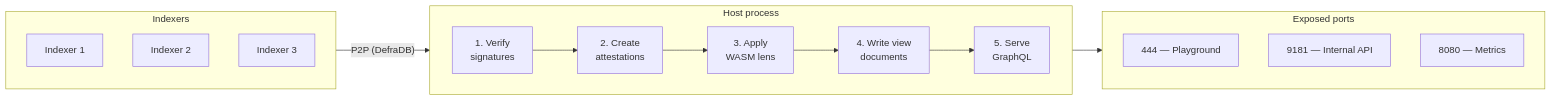
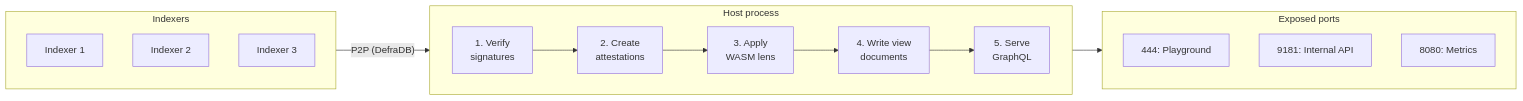
The first of 3 diagrams in content/reference/components/host-client/index.mdx (shinzonetwork/docs), drawn with Mermaid before and after one commit. The commit also changed other lines of this file and 6 other files, not shown here.

````diff
--- a/content/reference/components/host-client/index.mdx
+++ b/content/reference/components/host-client/index.mdx
@@ -13,27 +11,27 @@
 ```mermaid
 flowchart LR
   subgraph Indexers["Indexers"]
     direction TB
     I1["Indexer 1"]
     I2["Indexer 2"]
     I3["Indexer 3"]
   end
 
   subgraph HOST["Host process"]
     direction LR
     S1["1. Verify<br/>signatures"] --> S2["2. Create<br/>attestations"]
     S2 --> S3["3. Apply<br/>WASM lens"]
     S3 --> S4["4. Write view<br/>documents"]
     S4 --> S5["5. Serve<br/>GraphQL"]
   end
 
   subgraph Ports["Exposed ports"]
     direction TB
-    P444["444 — Playground"]
-    P9181["9181 — Internal API"]
-    P8080["8080 — Metrics"]
+    P444["444: Playground"]
+    P9181["9181: Internal API"]
+    P8080["8080: Metrics"]
   end
 
   Indexers -- "P2P (DefraDB)" --> HOST
   HOST --> Ports
 ```
````
